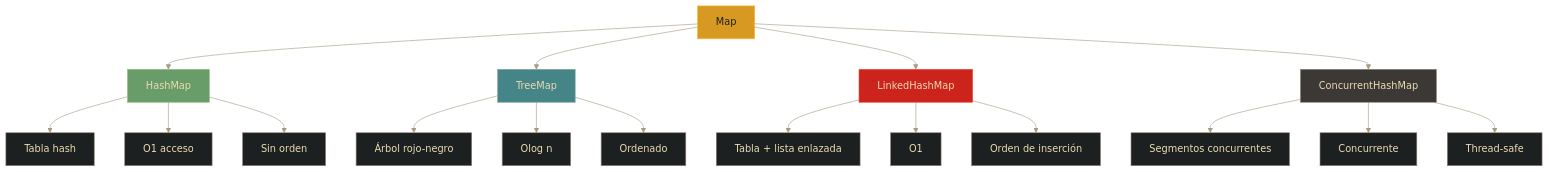
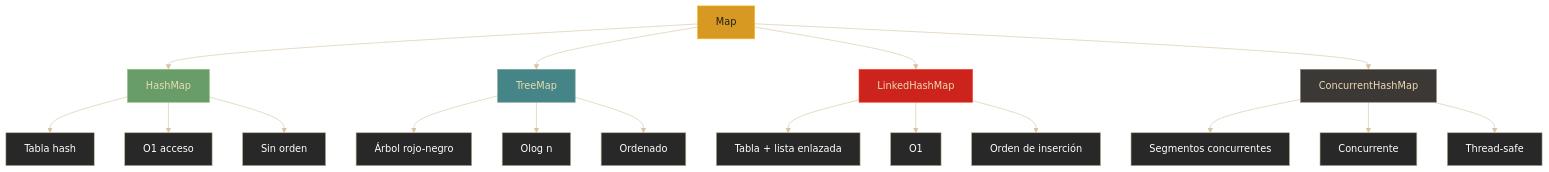
One commit to NachoOsella/notes-vault changed the diagram in Progra 3/03 - Back End/03.01 - U1 Lenguaje Java y Colecciones/11 - Colecciones - Mapas (Map).md. Above: the diagram before and after it, drawn with Mermaid. The commit also changed 130 other files, not shown here.

````diff
--- a/Progra 3/03 - Back End/03.01 - U1 Lenguaje Java y Colecciones/11 - Colecciones - Mapas (Map).md
+++ b/Progra 3/03 - Back End/03.01 - U1 Lenguaje Java y Colecciones/11 - Colecciones - Mapas (Map).md
@@ -27,30 +27,30 @@
 ```mermaid
-%%{init: {'theme': 'base', 'themeVariables': { 'primaryColor': '#1d2021', 'primaryTextColor': '#ebdbb2', 'primaryBorderColor': '#928374', 'lineColor': '#a89984', 'secondaryColor': '#282828', 'tertiaryColor': '#3c3836'}}}%%
+%%{init: {'theme': 'base', 'themeVariables': { 'darkMode': true, 'background': '#1d2021', 'primaryColor': '#3c3836', 'primaryTextColor': '#ffffff', 'primaryBorderColor': '#bdae93', 'secondaryColor': '#504945', 'secondaryTextColor': '#ffffff', 'secondaryBorderColor': '#bdae93', 'tertiaryColor': '#282828', 'tertiaryTextColor': '#ffffff', 'tertiaryBorderColor': '#a89984', 'lineColor': '#d5c4a1', 'textColor': '#ffffff', 'mainBkg': '#282828', 'nodeBkg': '#3c3836', 'nodeTextColor': '#ffffff', 'nodeBorder': '#bdae93', 'clusterBkg': '#282828', 'clusterBorder': '#a89984', 'defaultLinkColor': '#d5c4a1', 'titleColor': '#ffffff', 'edgeLabelBackground': '#282828', 'labelBoxBkgColor': '#3c3836', 'labelBoxBorderColor': '#bdae93', 'labelTextColor': '#ffffff', 'loopTextColor': '#ffffff', 'noteBkgColor': '#282828', 'noteTextColor': '#ffffff', 'noteBorderColor': '#83a598', 'actorBkg': '#3c3836', 'actorBorder': '#bdae93', 'actorTextColor': '#ffffff', 'actorLineColor': '#d5c4a1', 'signalColor': '#d5c4a1', 'signalTextColor': '#ffffff', 'activationBkgColor': '#689d6a', 'activationBorderColor': '#8ec07c', 'sequenceNumberColor': '#ffffff'}, 'themeCSS': 'text, tspan { fill: #ffffff !important; color: #ffffff !important; } .messageText, .labelText, .loopText, .noteText, .actor text, .taskText, .sectionTitle text, .nodeLabel, .edgeLabel, .cluster-label text { fill: #ffffff !important; color: #ffffff !important; } .messageLine0, .messageLine1, .actor-line, .edgePath .path { stroke: #d5c4a1 !important; } .note { fill: #282828 !important; stroke: #83a598 !important; } .labelBox, .edgeLabel rect { fill: #3c3836 !important; stroke: #bdae93 !important; }'}}%%
 graph TD
     A[Map] --> B[HashMap]
     A --> C[TreeMap]
     A --> D[LinkedHashMap]
     A --> E[ConcurrentHashMap]
     
     B --> B1["Tabla hash"]
     B --> B2["O1 acceso"]
     B --> B3["Sin orden"]
     
     C --> C1["Árbol rojo-negro"]
     C --> C2["Olog n"]
     C --> C3["Ordenado"]
     
     D --> D1["Tabla + lista enlazada"]
     D --> D2["O1"]
     D --> D3["Orden de inserción"]
     
     E --> E1["Segmentos concurrentes"]
     E --> E2["Concurrente"]
     E --> E3["Thread-safe"]
     
     style A fill:#d79921,stroke:#fabd2f,color:#1d2021
     style B fill:#689d6a,stroke:#8ec07c,color:#ebdbb2
     style C fill:#458588,stroke:#83a598,color:#ebdbb2
     style D fill:#cc241d,stroke:#fb4934,color:#ebdbb2
     style E fill:#3c3836,stroke:#928374,color:#ebdbb2
 ```
````
